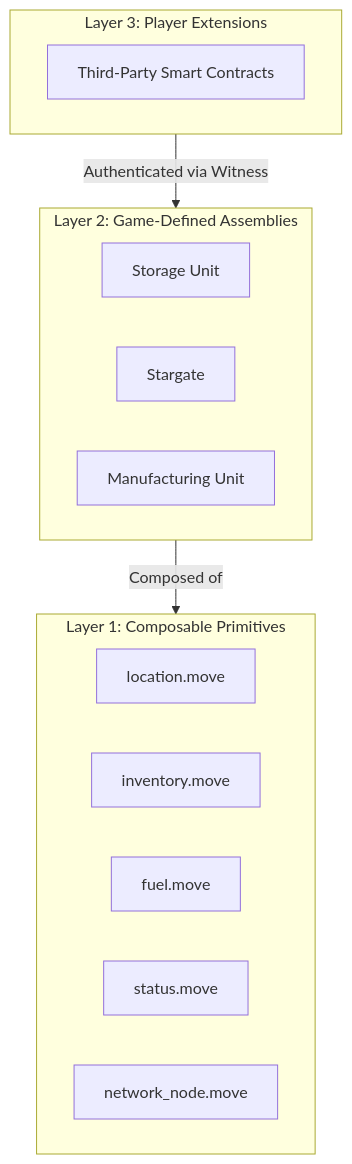
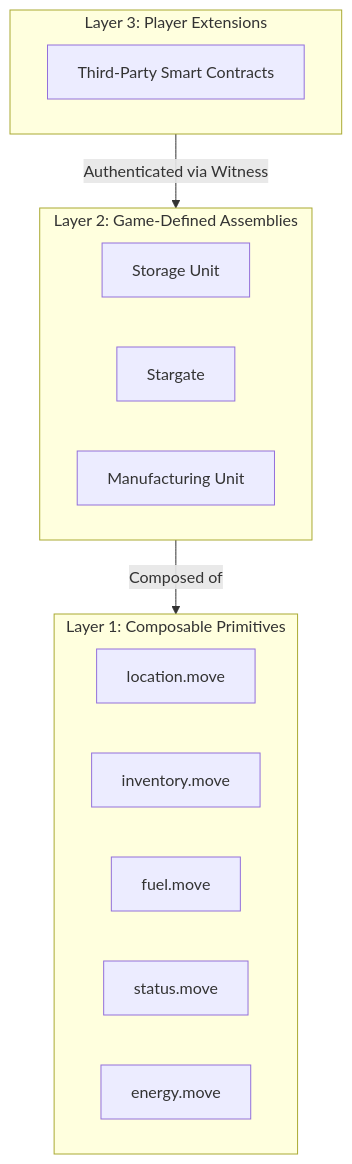
The first of 3 diagrams in content/develop/world-contracts/_index.md (Scetrov/frontier.scetrov.live), drawn with Mermaid before and after one commit. The commit also changed 30 other files, not shown here.

````diff
--- a/content/develop/world-contracts/_index.md
+++ b/content/develop/world-contracts/_index.md
@@ -12,24 +12,24 @@
 ```mermaid
 graph TD
     subgraph Layer3 [Layer 3: Player Extensions]
         Mod[Third-Party Smart Contracts]
     end
 
     subgraph Layer2 [Layer 2: Game-Defined Assemblies]
         SU[Storage Unit]
         Gate[Stargate]
         MU[Manufacturing Unit]
     end
 
     subgraph Layer1 [Layer 1: Composable Primitives]
         Loc[location.move]
         Inv[inventory.move]
         Fuel[fuel.move]
         Stat[status.move]
-        NWN[network_node.move]
+        Energy[energy.move]
     end
 
     Layer3 -- Authenticated via Witness --> Layer2
     Layer2 -- Composed of --> Layer1
 
 ```
````
